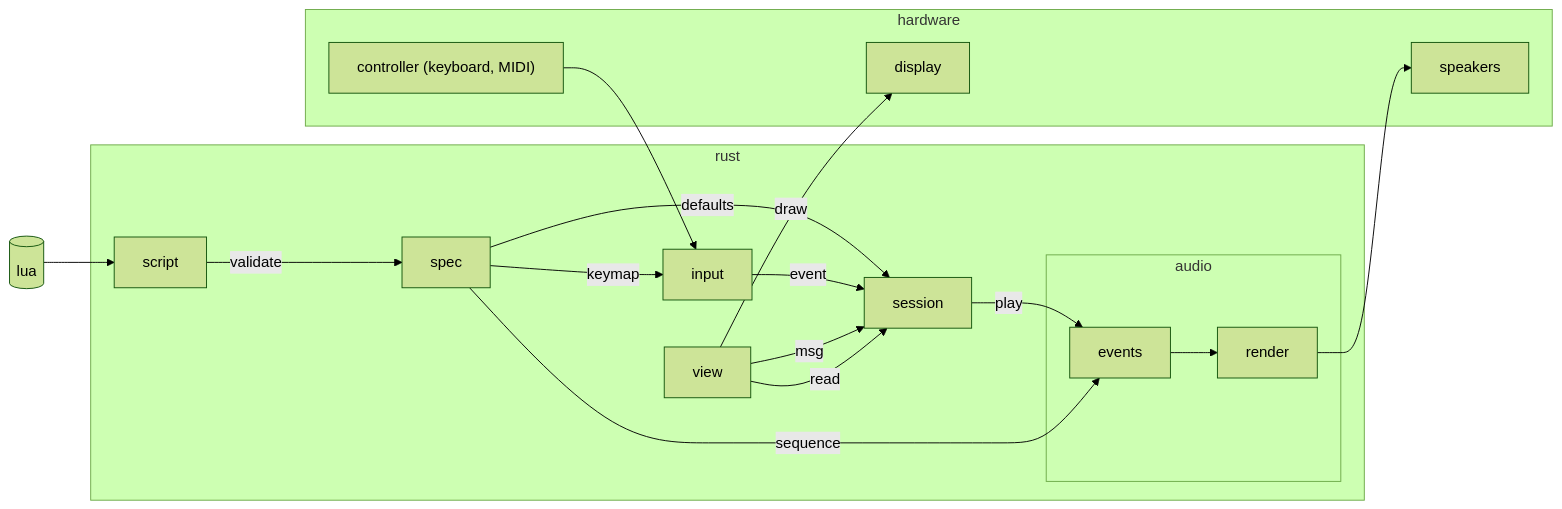
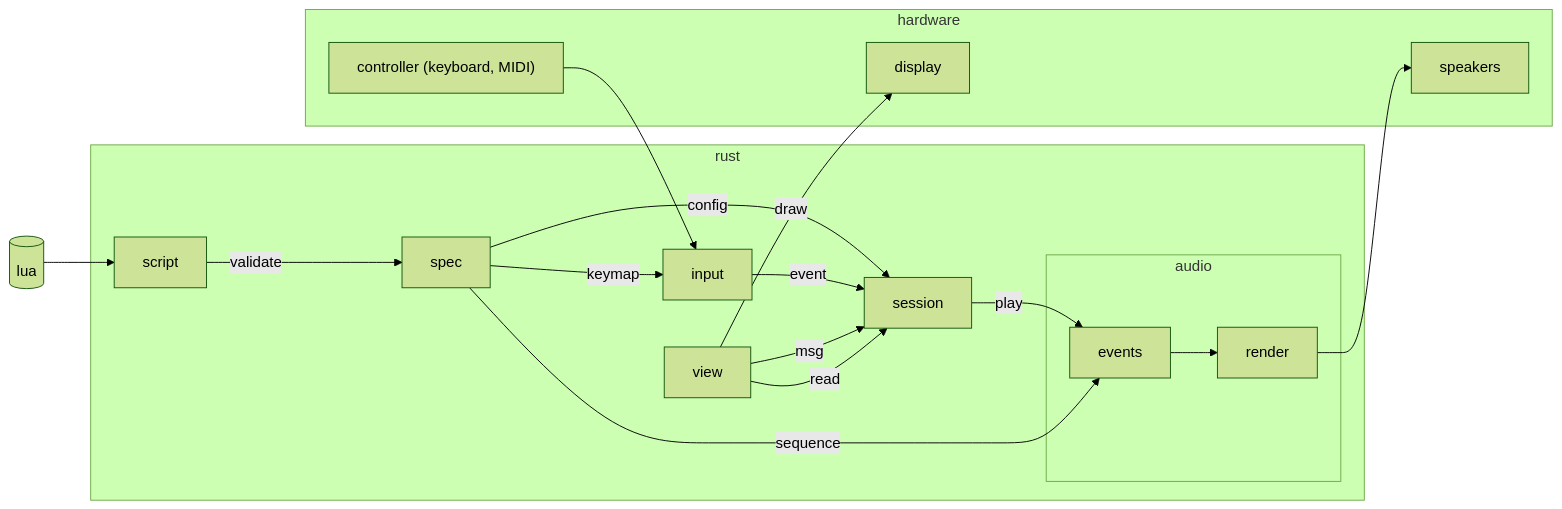
The diagram in README.md (turkosaurus/synth), drawn with Mermaid (forest theme) before and after one commit.

````diff
--- a/README.md
+++ b/README.md
@@ -37,25 +37,25 @@
 ```mermaid
 flowchart LR
     lua[(lua)] --> script
     subgraph rust
         script -->|validate| spec
         spec -->|keymap| input
-        spec --> |defaults| session
+        spec --> |config| session
         input -->|event| session
         view -->|msg| session
         view -->|read| session
         session -->|play| events
         spec -->|sequence| events
         subgraph audio
             events --> render
         end
     end
     subgraph hardware
         controller["controller (keyboard, MIDI)"]
         speakers
         display
     end
     controller --> input
     view -->|draw| display
     render --> speakers
 ```
````
